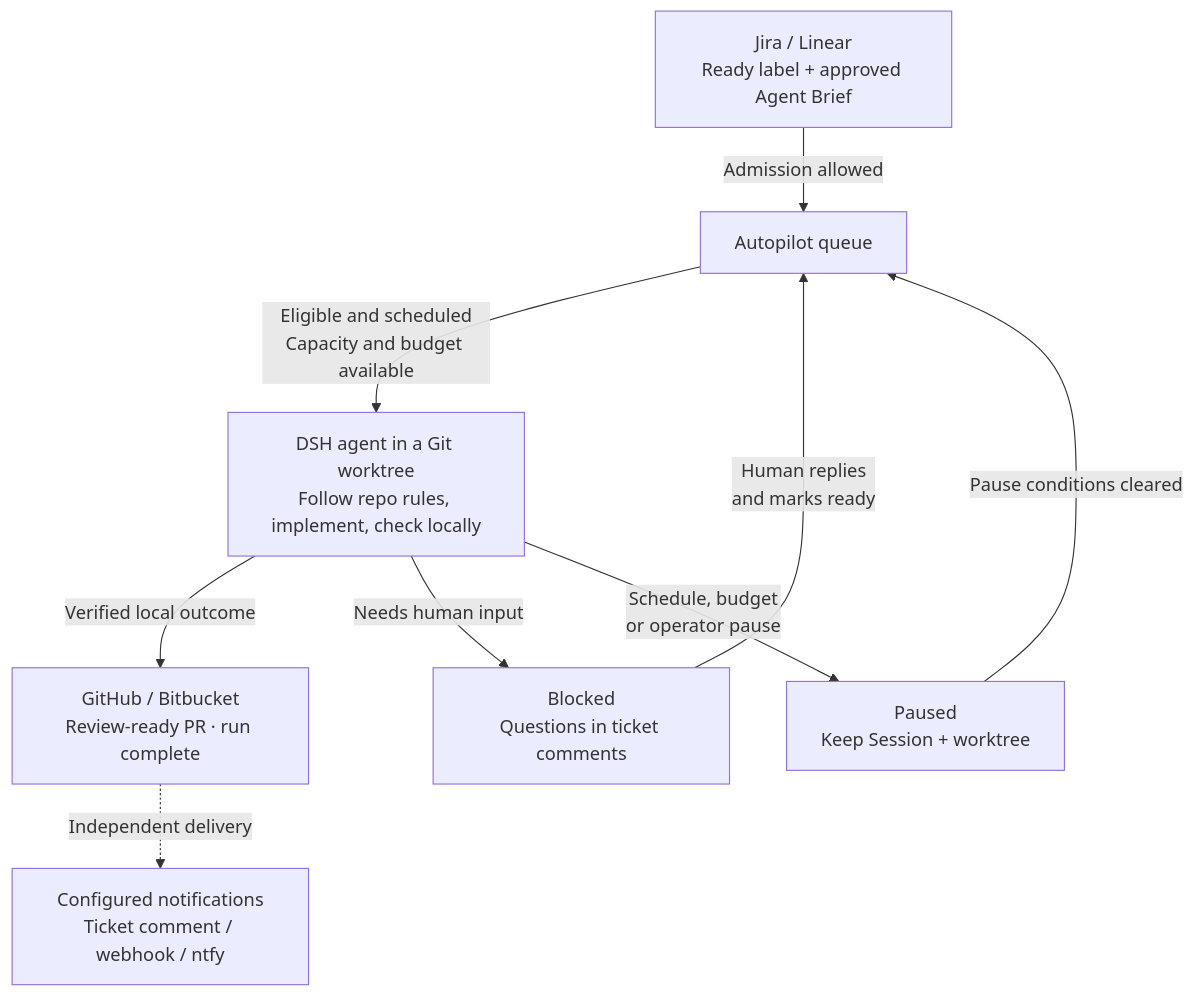
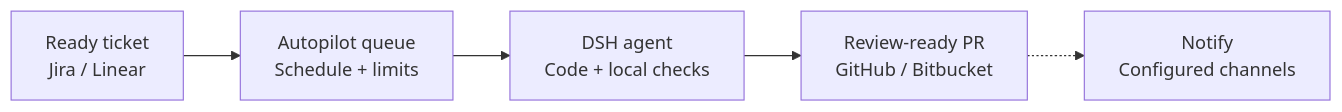
The diagram in README.md (canhta/dsh-autopilot), drawn with Mermaid before and after one commit. The commit also changed other lines of this file, not shown here.

Commit message:
docs: simplify README diagram to a linear overview

````diff
--- a/README.md
+++ b/README.md
@@ -29,22 +29,14 @@
 ```mermaid
-flowchart TD
+flowchart LR
     accTitle: From approved ticket to review-ready pull request
-    accDescr: Autopilot queues approved Jira or Linear tickets and dispatches DSH work when eligibility, schedule, capacity and budget allow. Blockers require a human reply and readiness change on the ticket. Paused work retains its Session and worktree. Verified work becomes a GitHub or Bitbucket pull request, followed by configured notifications.
+    accDescr: Approved tickets enter the Autopilot queue. DSH executes eligible work under schedule, capacity and budget limits. Verified local work becomes a review-ready pull request. Notifications are delivered independently after PR creation.
 
-    ticket["Jira / Linear<br/>Ready label + approved Agent Brief"]
-    queue["Autopilot queue"]
-    agent["DSH agent in a Git worktree<br/>Follow repo rules, implement, check locally"]
-    blocker["Blocked<br/>Questions in ticket comments"]
-    pause["Paused<br/>Keep Session + worktree"]
-    pr["GitHub / Bitbucket<br/>Review-ready PR · run complete"]
-    notify["Configured notifications<br/>Ticket comment / webhook / ntfy"]
+    ticket["Ready ticket<br/>Jira / Linear"]
+    queue["Autopilot queue<br/>Schedule + limits"]
+    agent["DSH agent<br/>Code + local checks"]
+    pr["Review-ready PR<br/>GitHub / Bitbucket"]
+    notify["Notify<br/>Configured channels"]
 
-    ticket -->|Admission allowed| queue
-    queue -->|Eligible and scheduled<br/>Capacity and budget available| agent
-    agent -->|Verified local outcome| pr
-    agent -->|Needs human input| blocker
-    blocker -->|Human replies<br/>and marks ready| queue
-    agent -->|Schedule, budget<br/>or operator pause| pause
-    pause -->|Pause conditions cleared| queue
-    pr -.->|Independent delivery| notify
+    ticket --> queue --> agent --> pr
+    pr -.-> notify
 ```
````
